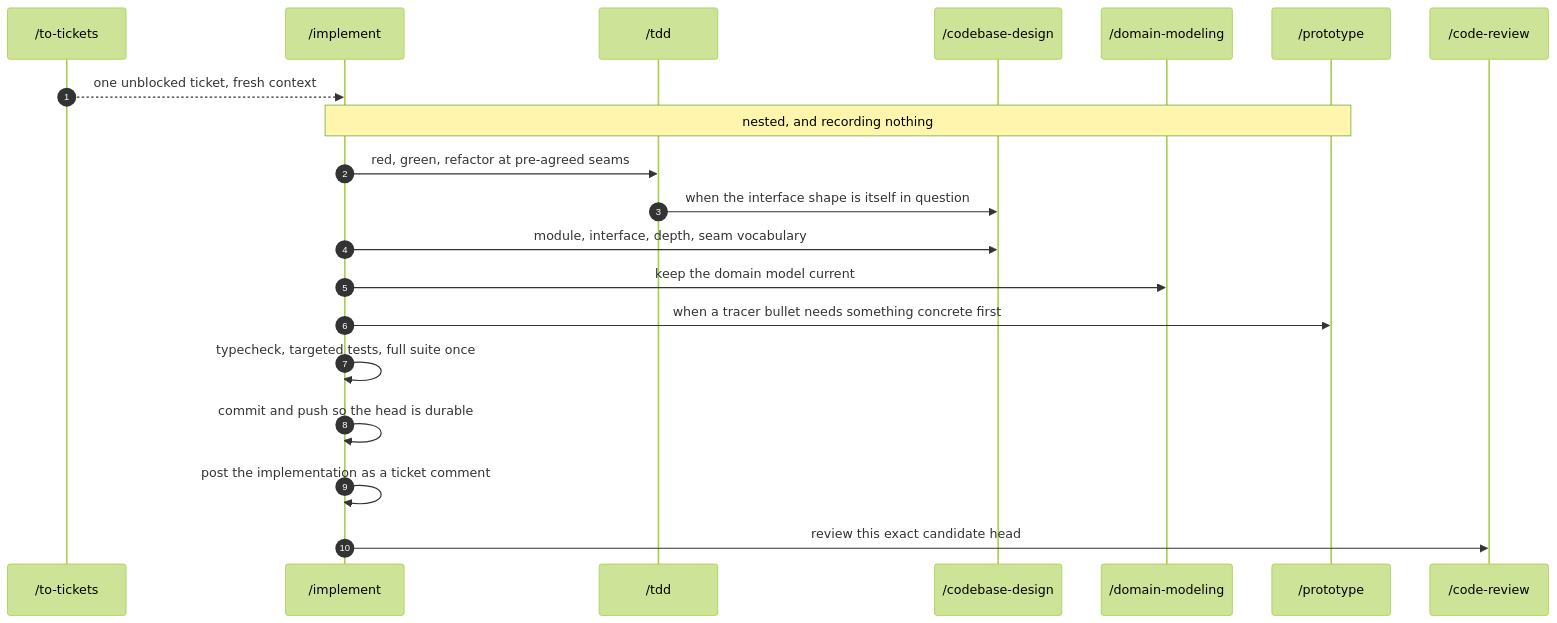
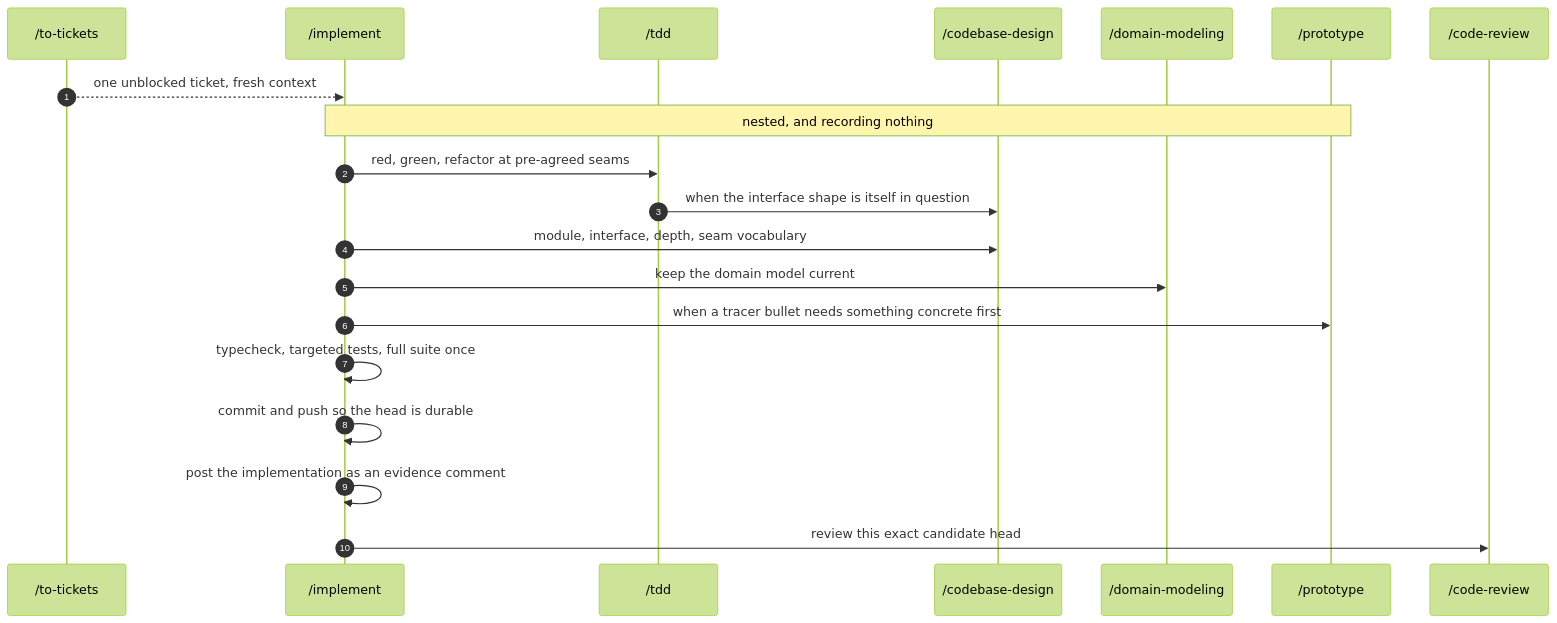
The seventh of 12 diagrams in docs/skill-connections.md (bradcstevens/git-loopy-skills), drawn with Mermaid (forest theme) before and after one commit. The commit also changed other lines of this file and 1 other file, not shown here.

````diff
--- a/docs/skill-connections.md
+++ b/docs/skill-connections.md
@@ -342,25 +342,25 @@
 ```mermaid
 sequenceDiagram
     autonumber
     participant TT as /to-tickets
     participant IM as /implement
     participant TD as /tdd
     participant CD as /codebase-design
     participant DM as /domain-modeling
     participant PR as /prototype
     participant CR as /code-review
 
     TT-->>IM: one unblocked ticket, fresh context
 
     Note over IM,PR: nested, and recording nothing
     IM->>TD: red, green, refactor at pre-agreed seams
     TD->>CD: when the interface shape is itself in question
     IM->>CD: module, interface, depth, seam vocabulary
     IM->>DM: keep the domain model current
     IM->>PR: when a tracer bullet needs something concrete first
 
     IM->>IM: typecheck, targeted tests, full suite once
     IM->>IM: commit and push so the head is durable
-    IM->>IM: post the implementation as a ticket comment
+    IM->>IM: post the implementation as an evidence comment
     IM->>CR: review this exact candidate head
 ```
````
